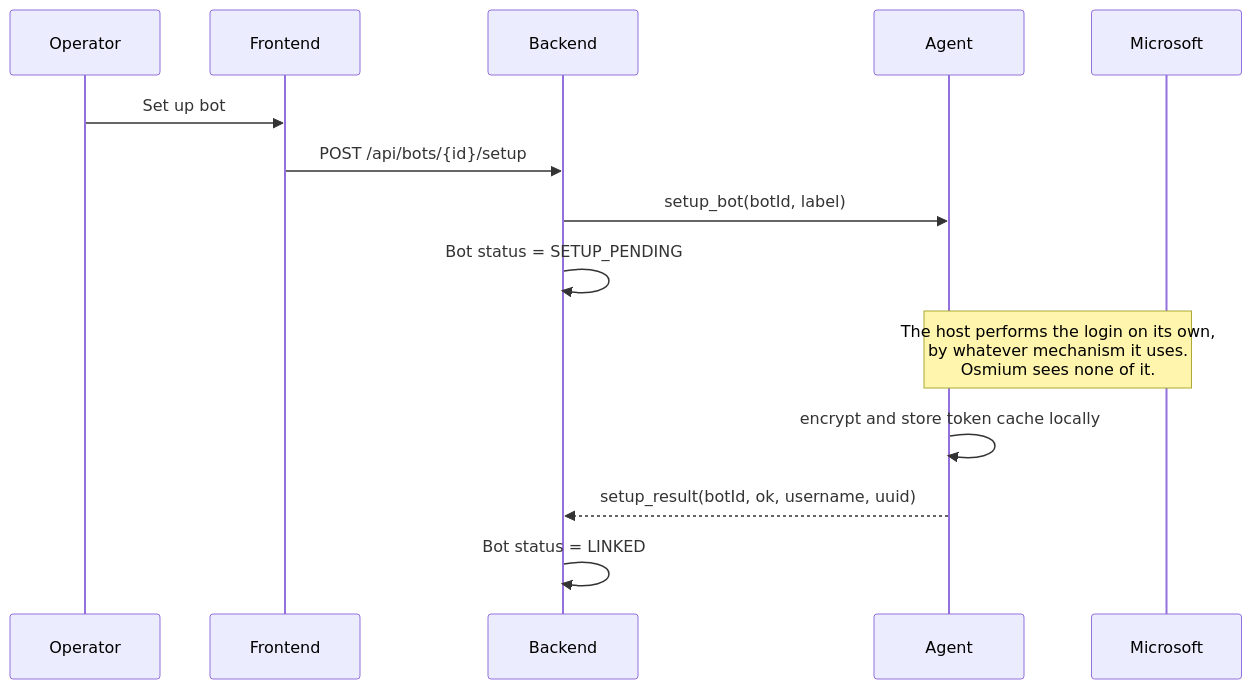
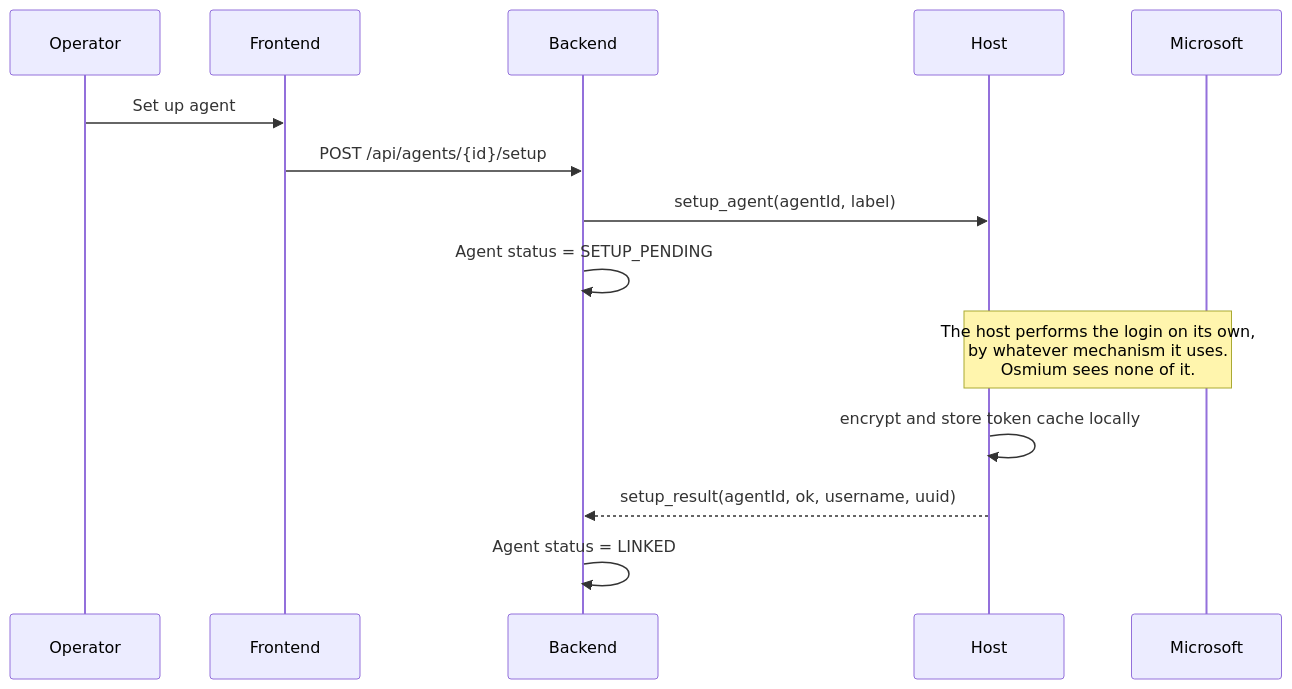
One commit to integr-dev/osmium changed the first of 3 diagrams in FLEET_CONNECTIVITY.md. Above: the diagram before and after it, drawn with Mermaid. The commit also changed other lines of this file and 49 other files, not shown here.

First line of the commit message:
refactor!: rename bots to agents, and the agent transport to host

````diff
--- a/FLEET_CONNECTIVITY.md
+++ b/FLEET_CONNECTIVITY.md
@@ -113,17 +113,17 @@
 ```mermaid
 sequenceDiagram
     participant O as Operator
     participant F as Frontend
     participant B as Backend
-    participant A as Agent
+    participant A as Host
     participant M as Microsoft
 
-    O->>F: Set up bot
-    F->>B: POST /api/bots/{id}/setup
-    B->>A: setup_bot(botId, label)
-    B->>B: Bot status = SETUP_PENDING
+    O->>F: Set up agent
+    F->>B: POST /api/agents/{id}/setup
+    B->>A: setup_agent(agentId, label)
+    B->>B: Agent status = SETUP_PENDING
     Note over A,M: The host performs the login on its own,<br/>by whatever mechanism it uses.<br/>Osmium sees none of it.
     A->>A: encrypt and store token cache locally
-    A-->>B: setup_result(botId, ok, username, uuid)
-    B->>B: Bot status = LINKED
+    A-->>B: setup_result(agentId, ok, username, uuid)
+    B->>B: Agent status = LINKED
 ```
````
